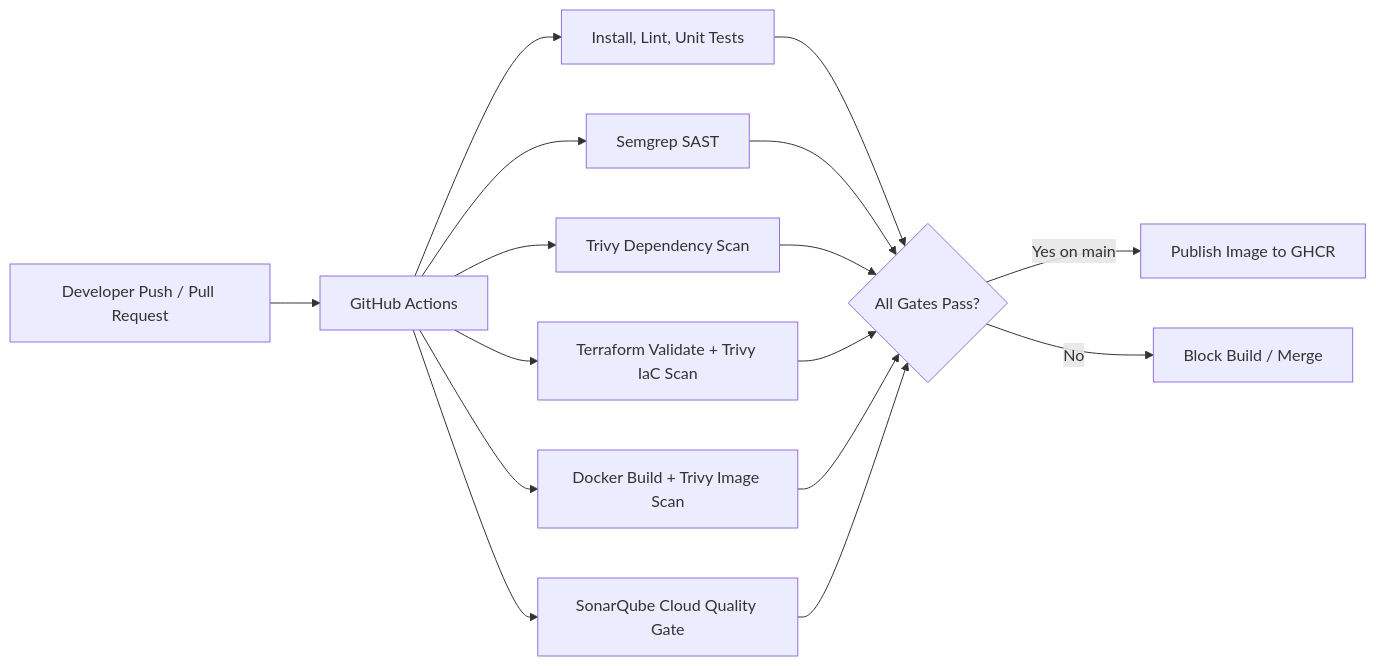
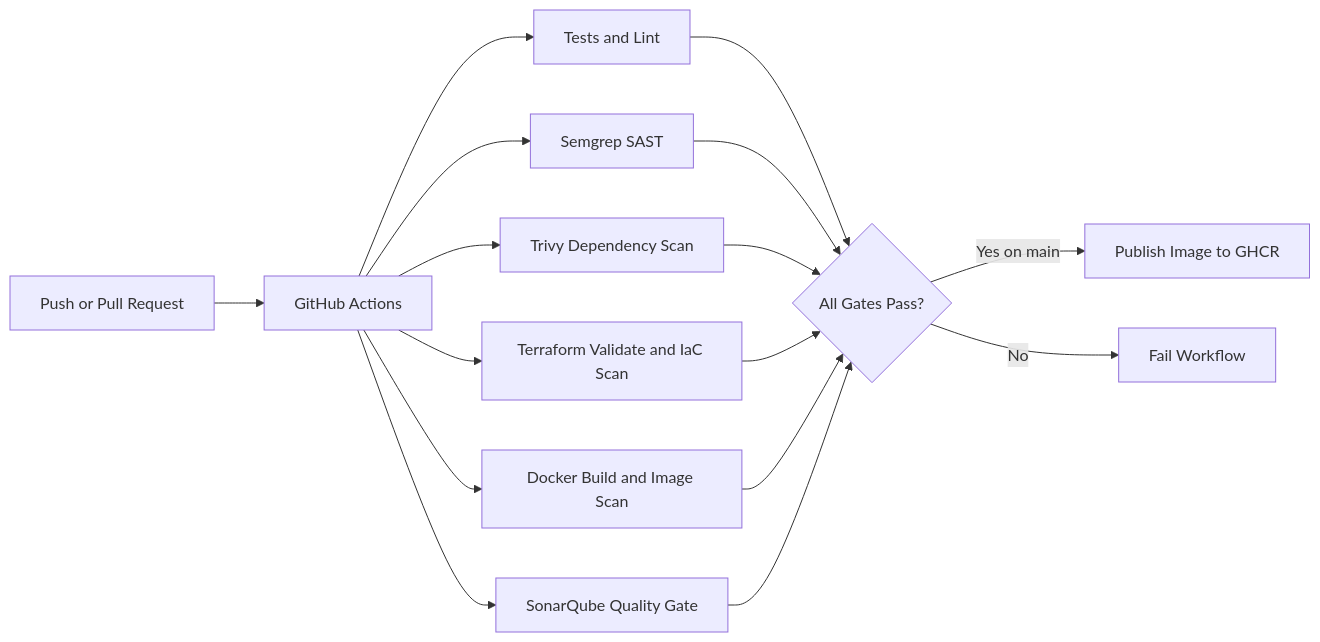
Before and after one commit to MohammedSafwan10/devsecops-ci-pipeline-demo: the diagram in README.md, drawn with Mermaid. The commit also changed other lines of this file and 11 other files, not shown here.

````diff
--- a/README.md
+++ b/README.md
@@ -9,18 +17,18 @@
 ```mermaid
 flowchart LR
-    A["Developer Push / Pull Request"] --> B["GitHub Actions"]
-    B --> C["Install, Lint, Unit Tests"]
+    A["Push or Pull Request"] --> B["GitHub Actions"]
+    B --> C["Tests and Lint"]
     B --> D["Semgrep SAST"]
     B --> E["Trivy Dependency Scan"]
-    B --> F["Terraform Validate + Trivy IaC Scan"]
-    B --> G["Docker Build + Trivy Image Scan"]
-    B --> H["SonarQube Cloud Quality Gate"]
+    B --> F["Terraform Validate and IaC Scan"]
+    B --> G["Docker Build and Image Scan"]
+    B --> H["SonarQube Quality Gate"]
     C --> I{"All Gates Pass?"}
     D --> I
     E --> I
     F --> I
     G --> I
     H --> I
     I -->|Yes on main| J["Publish Image to GHCR"]
-    I -->|No| K["Block Build / Merge"]
+    I -->|No| K["Fail Workflow"]
 ```
````
